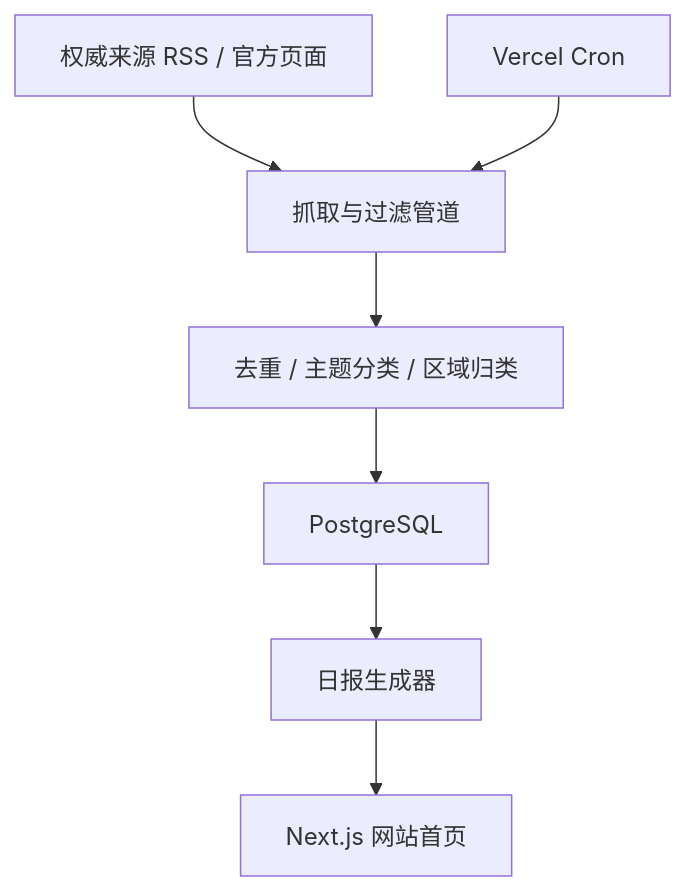
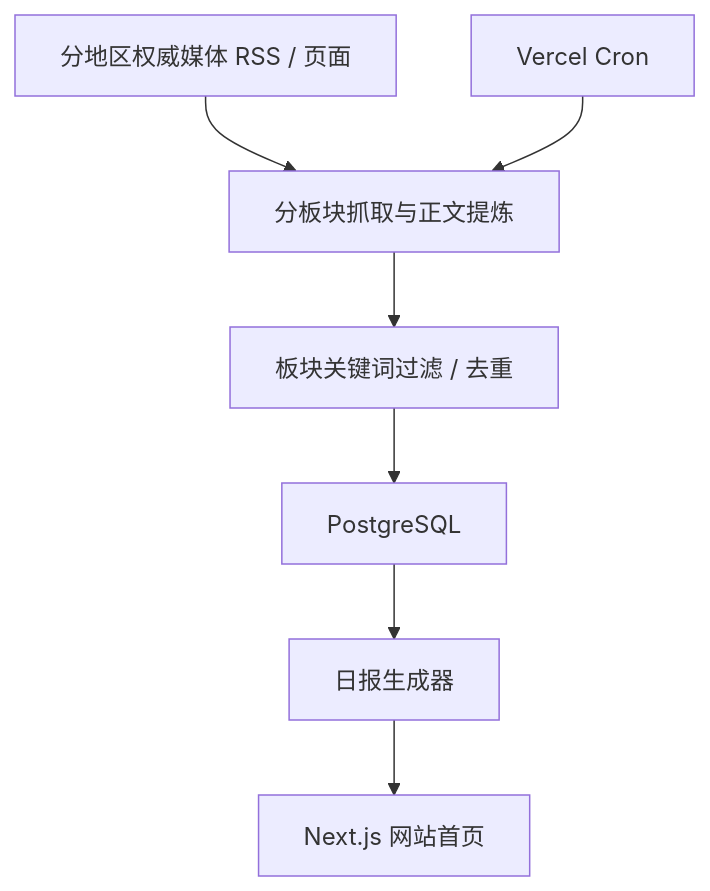
One commit to 573602837-crypto/daily-brief changed the diagram in README.md. Above: the diagram before and after it, drawn with Mermaid. The commit also changed other lines of this file and 16 other files, not shown here.

````diff
--- a/README.md
+++ b/README.md
@@ -9,9 +9,9 @@
 ```mermaid
 flowchart TD
-  A["权威来源 RSS / 官方页面"] --> B["抓取与过滤管道"]
-  B --> C["去重 / 主题分类 / 区域归类"]
+  A["分地区权威媒体 RSS / 页面"] --> B["分板块抓取与正文提炼"]
+  B --> C["板块关键词过滤 / 去重"]
   C --> D["PostgreSQL"]
   D --> E["日报生成器"]
   E --> F["Next.js 网站首页"]
   G["Vercel Cron"] --> B
 ```
````
